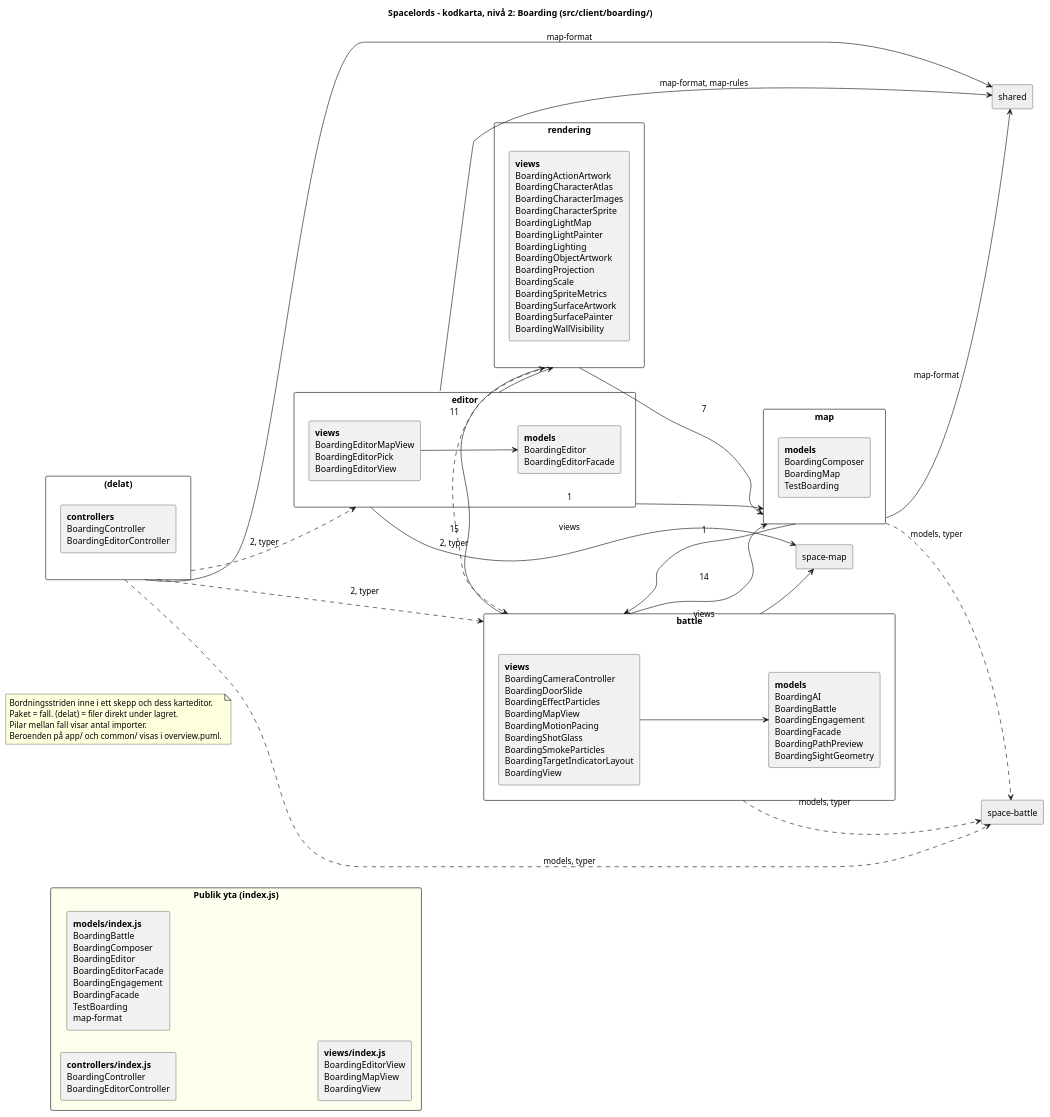
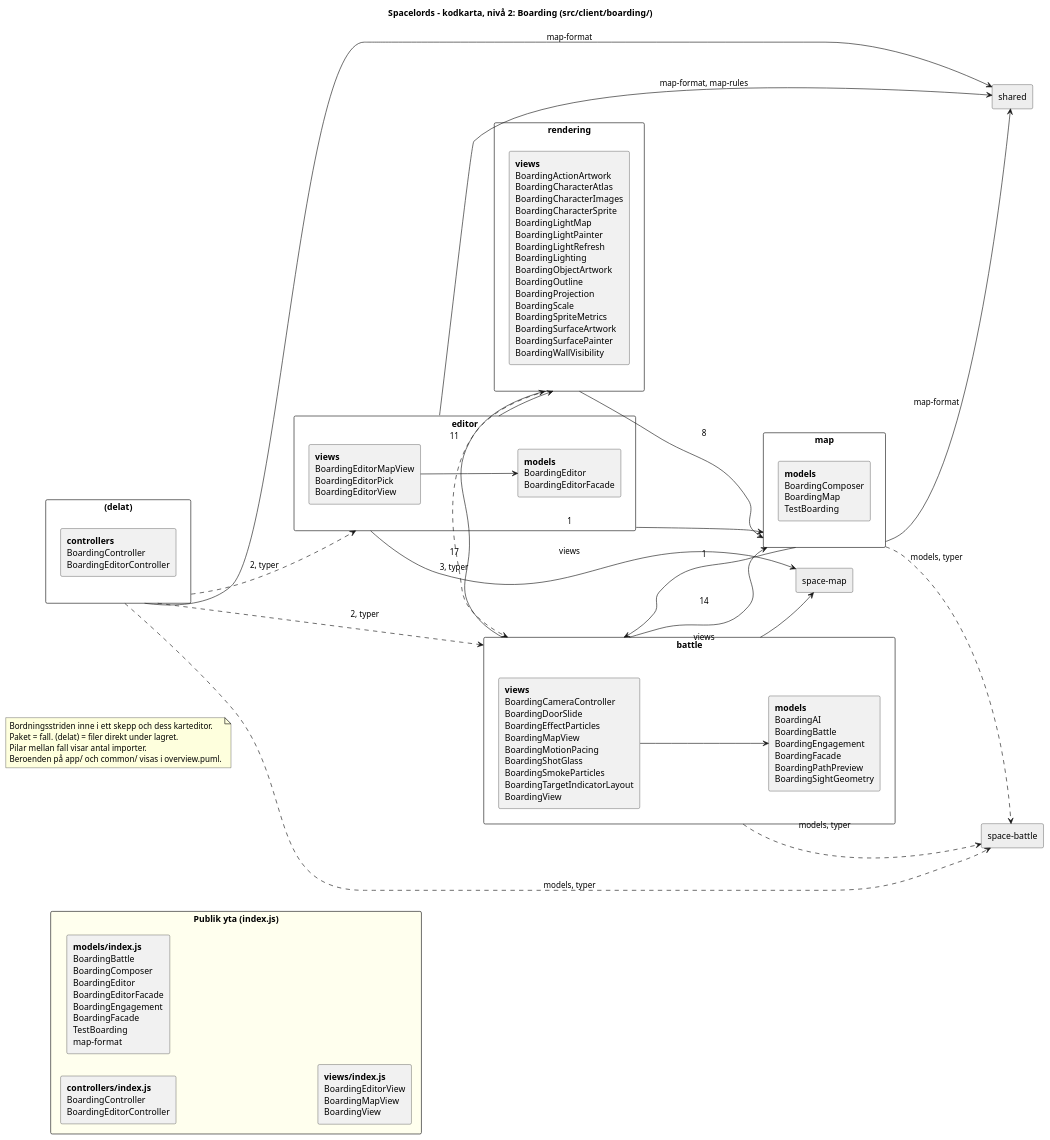
One commit to dntoll/spacelords changed the diagram in docs/architecture/boarding.puml. Above: the diagram before and after it, drawn with PlantUML. The commit also changed 11 other files, not shown here.

```diff
--- a/docs/architecture/boarding.puml
+++ b/docs/architecture/boarding.puml
@@ -1,58 +1,58 @@
 @startuml
 ' Generated by scripts/architecture-map.mjs from architecture.config.mjs and
 ' the imports in src/. Do not edit by hand; run npm run architecture:map.
 title Spacelords – kodkarta, nivå 2: Boarding (src/client/boarding/)
 skinparam packageStyle rectangle
 skinparam shadowing false
 left to right direction
 note as about
   Bordningsstriden inne i ett skepp och dess karteditor.
   Paket = fall. (delat) = filer direkt under lagret.
   Pilar mellan fall visar antal importer.
   Beroenden på app/ och common/ visas i overview.puml.
 end note
 package "Publik yta (index.js)" as public_surface #FFFFEE {
   rectangle "<b>controllers/index.js</b>\nBoardingController\nBoardingEditorController" as public__controllers
   rectangle "<b>models/index.js</b>\nBoardingBattle\nBoardingComposer\nBoardingEditor\nBoardingEditorFacade\nBoardingEngagement\nBoardingFacade\nTestBoarding\nmap-format" as public__models
   rectangle "<b>views/index.js</b>\nBoardingEditorView\nBoardingMapView\nBoardingView" as public__views
 }
 package "(delat)" as boarding___delat_ {
   rectangle "<b>controllers</b>\nBoardingController\nBoardingEditorController" as boarding___delat___controllers
 }
 package "battle" as boarding__battle {
   rectangle "<b>models</b>\nBoardingAI\nBoardingBattle\nBoardingEngagement\nBoardingFacade\nBoardingPathPreview\nBoardingSightGeometry" as boarding__battle__models
   rectangle "<b>views</b>\nBoardingCameraController\nBoardingDoorSlide\nBoardingEffectParticles\nBoardingMapView\nBoardingMotionPacing\nBoardingShotGlass\nBoardingSmokeParticles\nBoardingTargetIndicatorLayout\nBoardingView" as boarding__battle__views
 }
 package "editor" as boarding__editor {
   rectangle "<b>models</b>\nBoardingEditor\nBoardingEditorFacade" as boarding__editor__models
   rectangle "<b>views</b>\nBoardingEditorMapView\nBoardingEditorPick\nBoardingEditorView" as boarding__editor__views
 }
 package "map" as boarding__map {
   rectangle "<b>models</b>\nBoardingComposer\nBoardingMap\nTestBoarding" as boarding__map__models
 }
 package "rendering" as boarding__rendering {
-  rectangle "<b>views</b>\nBoardingActionArtwork\nBoardingCharacterAtlas\nBoardingCharacterImages\nBoardingCharacterSprite\nBoardingLightMap\nBoardingLightPainter\nBoardingLighting\nBoardingObjectArtwork\nBoardingProjection\nBoardingScale\nBoardingSpriteMetrics\nBoardingSurfaceArtwork\nBoardingSurfacePainter\nBoardingWallVisibility" as boarding__rendering__views
+  rectangle "<b>views</b>\nBoardingActionArtwork\nBoardingCharacterAtlas\nBoardingCharacterImages\nBoardingCharacterSprite\nBoardingLightMap\nBoardingLightPainter\nBoardingLightRefresh\nBoardingLighting\nBoardingObjectArtwork\nBoardingOutline\nBoardingProjection\nBoardingScale\nBoardingSpriteMetrics\nBoardingSurfaceArtwork\nBoardingSurfacePainter\nBoardingWallVisibility" as boarding__rendering__views
 }
 rectangle "shared" as ext__shared #EEEEEE
 rectangle "space-battle" as ext__space_battle #EEEEEE
 rectangle "space-map" as ext__space_map #EEEEEE
 boarding__battle__views --> boarding__battle__models
 boarding__editor__views --> boarding__editor__models
 boarding___delat_ ..> boarding__battle : 2, typer
 boarding___delat_ ..> boarding__editor : 2, typer
 boarding__battle --> boarding__map : 14
-boarding__battle --> boarding__rendering : 15
+boarding__battle --> boarding__rendering : 17
 boarding__editor --> boarding__map : 1
 boarding__editor --> boarding__rendering : 11
 boarding__map --> boarding__battle : 1
-boarding__rendering ..> boarding__battle : 2, typer
-boarding__rendering --> boarding__map : 7
+boarding__rendering ..> boarding__battle : 3, typer
+boarding__rendering --> boarding__map : 8
 boarding___delat_ --> ext__shared : map-format
 boarding___delat_ ..> ext__space_battle : models, typer
 boarding__battle ..> ext__space_battle : models, typer
 boarding__battle --> ext__space_map : views
 boarding__editor --> ext__shared : map-format, map-rules
 boarding__editor --> ext__space_map : views
 boarding__map --> ext__shared : map-format
 boarding__map ..> ext__space_battle : models, typer
 @enduml
```
